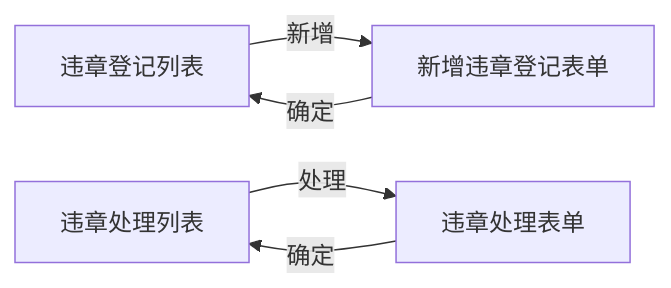
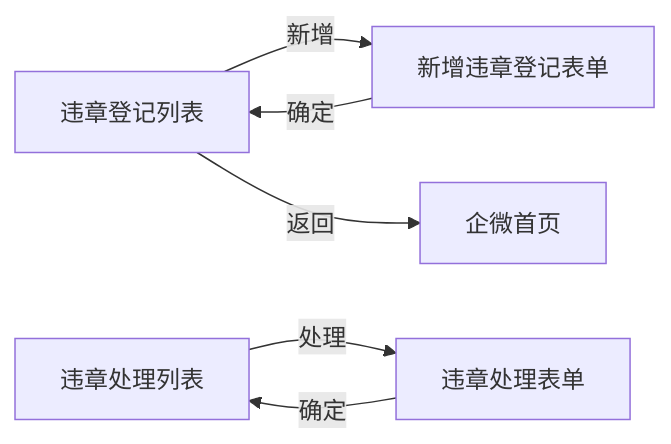
Before and after one commit to liaoliao66/SES: the tenth of 11 diagrams in docs/versions/v1.1.0/prd.md, drawn with Mermaid. The commit also changed other lines of this file and 19 other files, not shown here.

First line of the commit message:
feat: v1.1.0 企微首页/危险作业/防堆砌，重要通知配图与推群，基础配置推送设置

````diff
--- a/docs/versions/v1.1.0/prd.md
+++ b/docs/versions/v1.1.0/prd.md
@@ -610,7 +788,8 @@
 ```mermaid
 flowchart LR
   A[违章登记列表] -->|新增| B[新增违章登记表单]
   B -->|确定| A
   C[违章处理列表] -->|处理| D[违章处理表单]
   D -->|确定| C
+  A -->|返回| H[企微首页]
 ```
````
